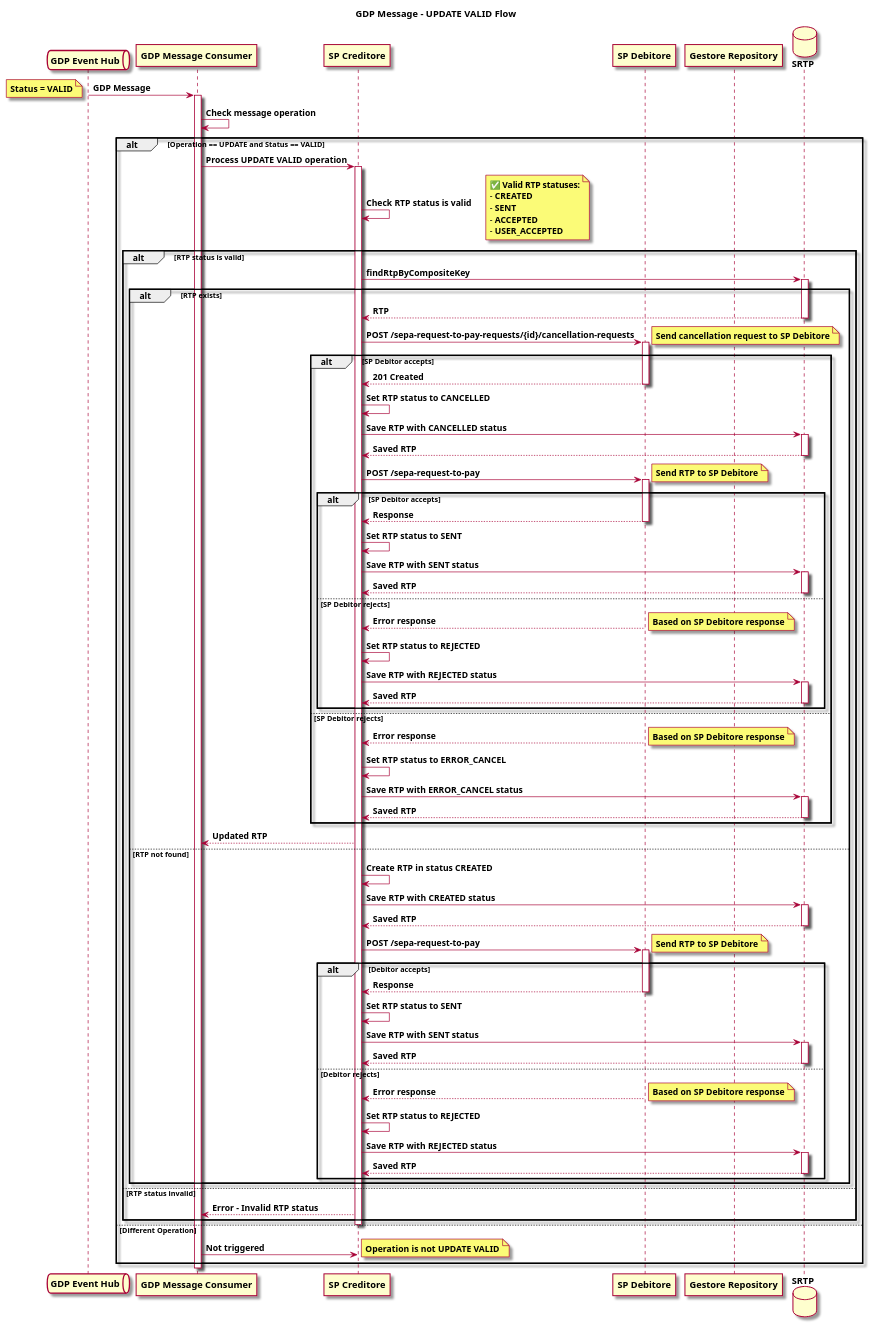
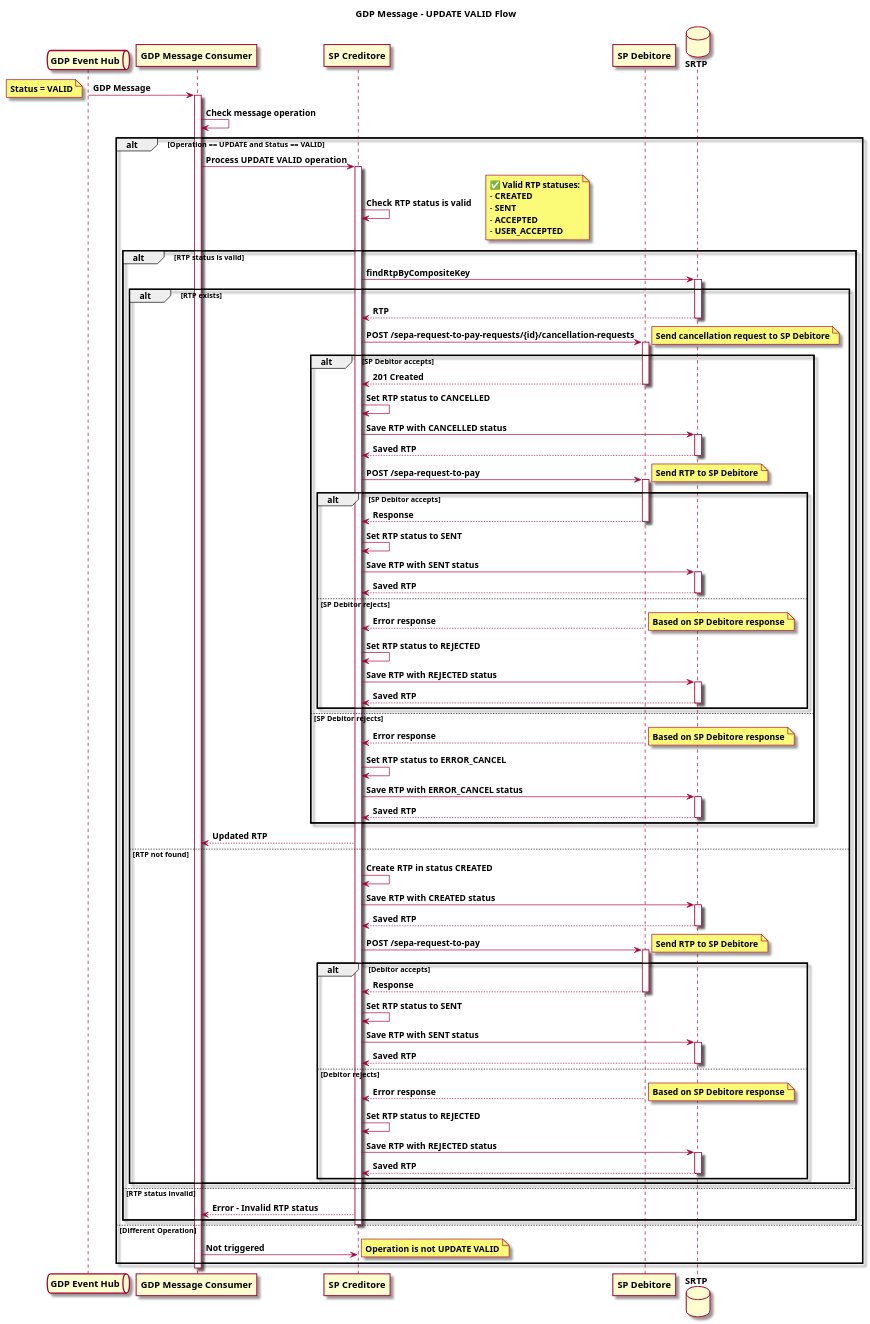
Before and after one commit to pagopa/rtp-docs: the diagram in diagrams/update-valid-queue-schema.puml, drawn with PlantUML. The commit also changed 3 other files, not shown here.

First line of the commit message:
feat: [SRTP-915] add payee name retrieval in CREATE flow (#30)

```diff
--- a/diagrams/update-valid-queue-schema.puml
+++ b/diagrams/update-valid-queue-schema.puml
@@ -1,147 +1,146 @@
 @startuml
 skin rose
 title **GDP Message – UPDATE VALID Flow**
 
 queue "**GDP Event Hub**" as Queue
 participant "**GDP Message Consumer**" as Consumer
 participant "**SP Creditore**" as SPC
 participant "**SP Debitore**" as SPD
-participant "**Gestore Repository**" as GR
 database "**SRTP**" as SRTP
 
 Queue -> Consumer: **GDP Message**
 note left: **Status = VALID**
 
 activate Consumer
 Consumer -> Consumer: **Check message operation**
 
 alt **Operation == UPDATE and Status == VALID**
   Consumer -> SPC: **Process UPDATE VALID operation**
   activate SPC
 
   SPC -> SPC: **Check RTP status is valid**
   note right
     **✅ Valid RTP statuses:**
     - **CREATED**
     - **SENT**
     - **ACCEPTED**
     - **USER_ACCEPTED**
   end note
 
   alt **RTP status is valid**
     SPC -> SRTP: **findRtpByCompositeKey**
     activate SRTP
 
     alt **RTP exists**
       SRTP --> SPC: **RTP**
       deactivate SRTP
 
       SPC -> SPD: **POST /sepa-request-to-pay-requests/{id}/cancellation-requests**
       note right: **Send cancellation request to SP Debitore**
       activate SPD
 
       alt **SP Debitor accepts**
         SPD --> SPC: **201 Created**
         deactivate SPD
 
         SPC -> SPC: **Set RTP status to CANCELLED**
 
         SPC -> SRTP: **Save RTP with CANCELLED status**
         activate SRTP
         SRTP --> SPC: **Saved RTP**
         deactivate SRTP
 
         SPC -> SPD: **POST /sepa-request-to-pay**
         note right: **Send RTP to SP Debitore**
         activate SPD
 
         alt **SP Debitor accepts**
           SPD --> SPC: **Response**
           deactivate SPD
 
           SPC -> SPC: **Set RTP status to SENT**
 
           SPC -> SRTP: **Save RTP with SENT status**
           activate SRTP
           SRTP --> SPC: **Saved RTP**
           deactivate SRTP
 
         else **SP Debitor rejects**
           SPD --> SPC: **Error response**
           deactivate SPD
           note right: **Based on SP Debitore response**
 
           SPC -> SPC: **Set RTP status to REJECTED**
 
           SPC -> SRTP: **Save RTP with REJECTED status**
           activate SRTP
           SRTP --> SPC: **Saved RTP**
           deactivate SRTP
         end
 
       else **SP Debitor rejects**
         SPD --> SPC: **Error response**
         deactivate SPD
         note right: **Based on SP Debitore response**
 
         SPC -> SPC: **Set RTP status to ERROR_CANCEL**
 
         SPC -> SRTP: **Save RTP with ERROR_CANCEL status**
         activate SRTP
         SRTP --> SPC: **Saved RTP**
         deactivate SRTP
       end
 
       SPC --> Consumer: **Updated RTP**
 
     else **RTP not found**
       deactivate SRTP
 
       SPC -> SPC: **Create RTP in status CREATED**
 
       SPC -> SRTP: **Save RTP with CREATED status**
       activate SRTP
       SRTP --> SPC: **Saved RTP**
       deactivate SRTP
 
       SPC -> SPD: **POST /sepa-request-to-pay**
       note right: **Send RTP to SP Debitore**
       activate SPD
 
       alt **Debitor accepts**
         SPD --> SPC: **Response**
         deactivate SPD
 
         SPC -> SPC: **Set RTP status to SENT**
 
         SPC -> SRTP: **Save RTP with SENT status**
         activate SRTP
         SRTP --> SPC: **Saved RTP**
         deactivate SRTP
 
       else **Debitor rejects**
         SPD --> SPC: **Error response**
         deactivate SPD
         note right: **Based on SP Debitore response**
 
         SPC -> SPC: **Set RTP status to REJECTED**
 
         SPC -> SRTP: **Save RTP with REJECTED status**
         activate SRTP
         SRTP --> SPC: **Saved RTP**
         deactivate SRTP
       end
     end
 
   else **RTP status invalid**
     SPC --> Consumer: **Error – Invalid RTP status**
   end
   deactivate SPC
 
 else **Different Operation**
   Consumer -> SPC: **Not triggered**
   note right: **Operation is not UPDATE VALID**
 end
 
 deactivate Consumer
 @enduml
```
